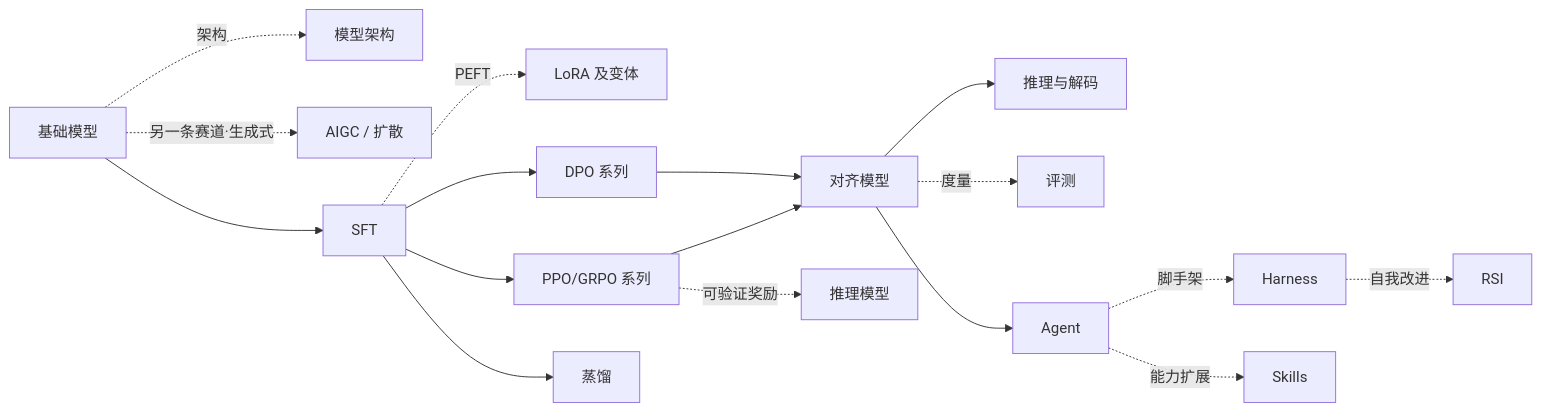
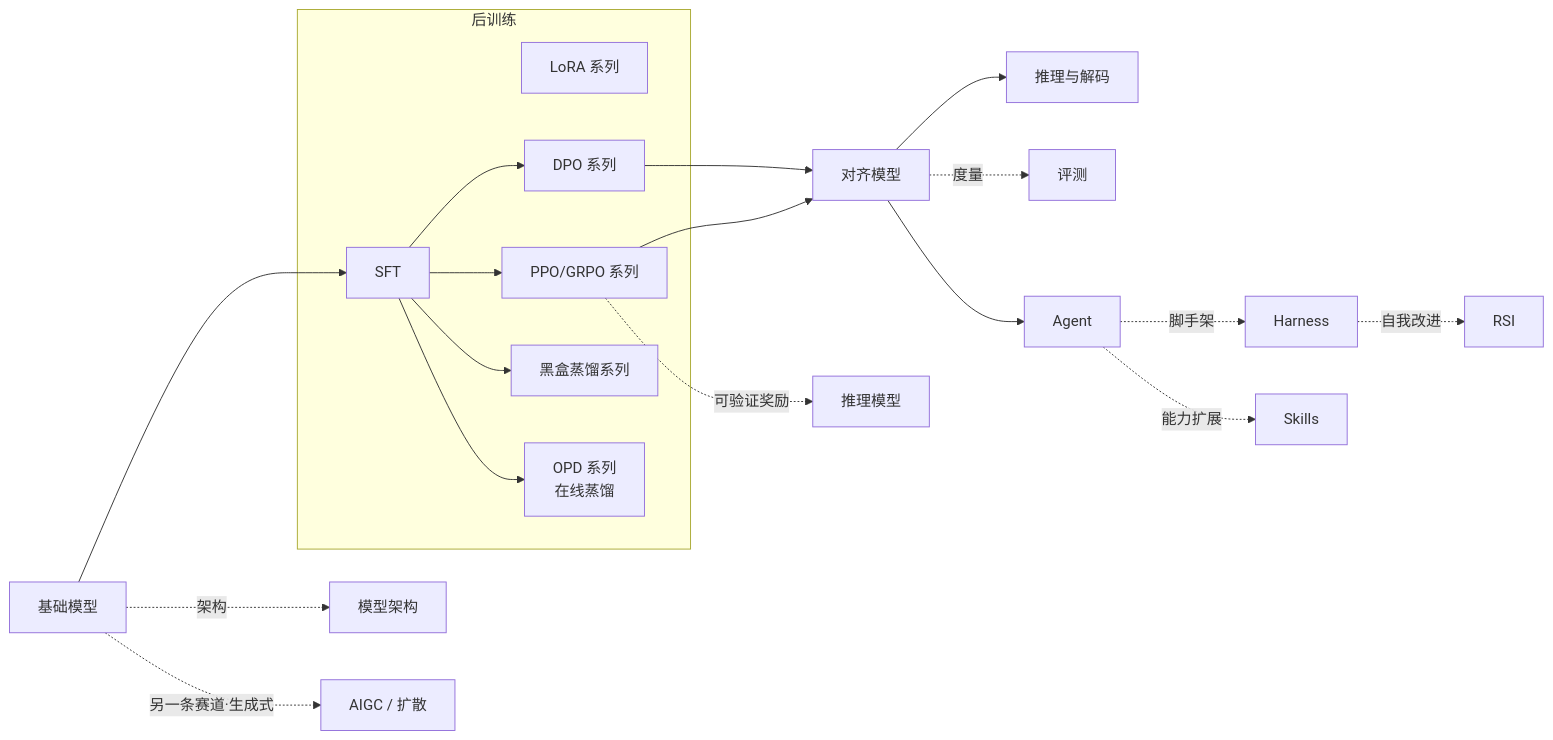
One commit to zhoujx4/llm-atlas changed the diagram in docs/index.md. Above: the diagram before and after it, drawn with Mermaid. The commit also changed other lines of this file and 18 other files, not shown here.

First line of the commit message:
docs: 新增「后训练」分组与总览页、OPD 在线蒸馏系列，新增 CISPO 论文页

````diff
--- a/docs/index.md
+++ b/docs/index.md
@@ -9,19 +9,22 @@
 ```mermaid
 flowchart LR
     BM[基础模型] -.架构.-> ARCH[模型架构]
     BM -.另一条赛道·生成式.-> AIGC[AIGC / 扩散]
-    BM --> SFT[SFT]
-    SFT -.PEFT.-> LORA[LoRA 及变体]
-    SFT --> PO[DPO 系列]
-    SFT --> RL[PPO/GRPO 系列]
-    SFT --> DST[蒸馏]
+    BM --> SFT
+    subgraph POST[后训练]
+        SFT[SFT] ~~~ LORA[LoRA 系列]
+        SFT --> PO[DPO 系列]
+        SFT --> RL[PPO/GRPO 系列]
+        SFT --> DST[黑盒蒸馏系列]
+        SFT --> OPD[OPD 系列<br/>在线蒸馏]
+    end
     PO --> A[对齐模型]
     RL --> A
     RL -.可验证奖励.-> RSN[推理模型]
     A --> INF[推理与解码]
     A -.度量.-> EVAL[评测]
     A --> AG[Agent]
     AG -.脚手架.-> HN[Harness]
     AG -.能力扩展.-> SK[Skills]
     HN -.自我改进.-> RSI[RSI]
 ```
````
